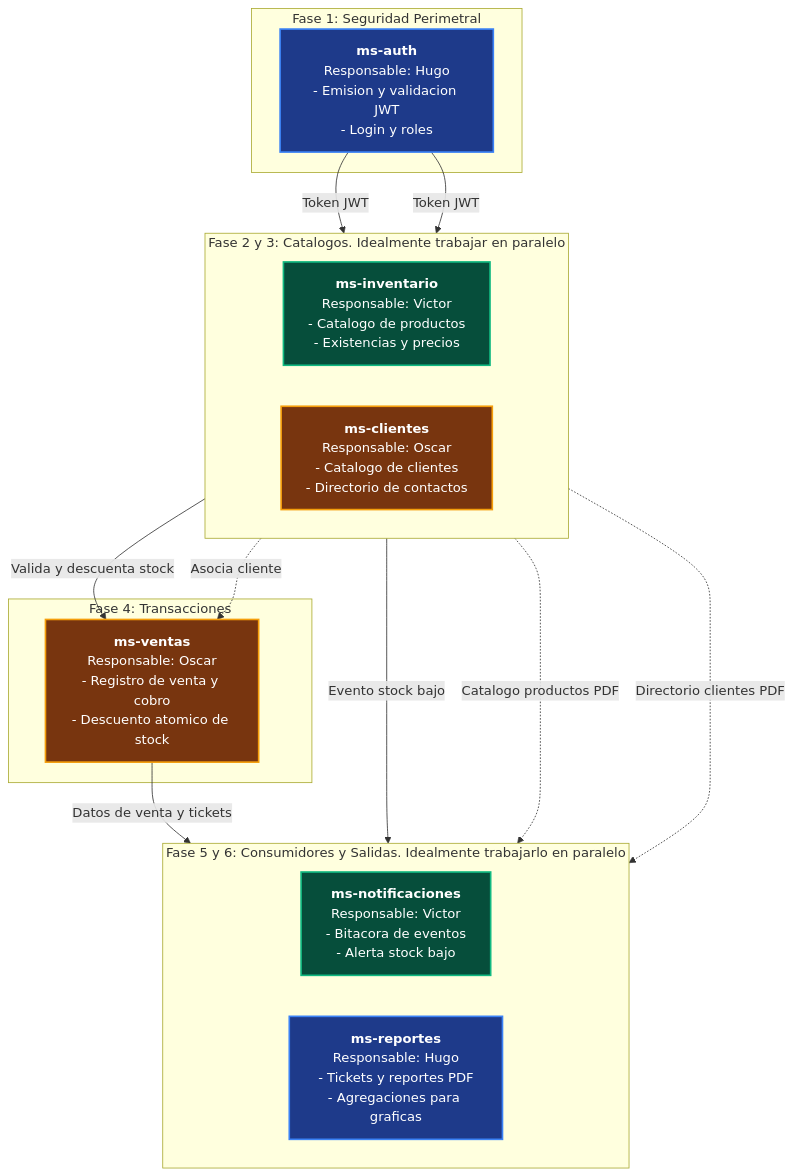
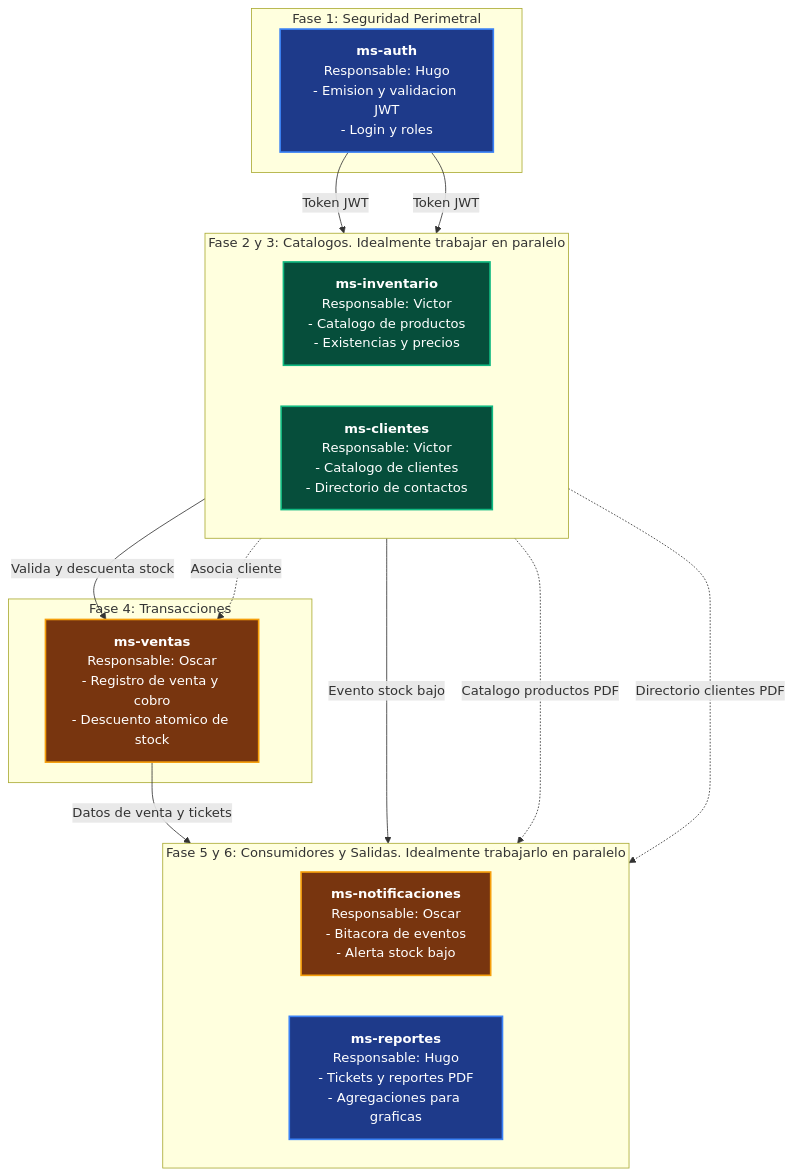
The diagram in docs/README.md (MopGEN/MonPoint), drawn with Mermaid before and after one commit. The commit also changed 2 other files, not shown here.

Commit message:
nueva resstructura ms

````diff
--- a/docs/README.md
+++ b/docs/README.md
@@ -4,39 +4,39 @@
 ```mermaid
 flowchart TD
     
     classDef hugo fill:#1E3A8A,stroke:#3B82F6,stroke-width:2px,color:#FFFFFF;
     classDef victor fill:#064E3B,stroke:#10B981,stroke-width:2px,color:#FFFFFF;
     classDef oscar fill:#78350F,stroke:#F59E0B,stroke-width:2px,color:#FFFFFF;
 
     subgraph FASE1 [Fase 1: Seguridad Perimetral]
         AUTH["<b>ms-auth</b><br>Responsable: Hugo<br>- Emision y validacion JWT<br>- Login y roles"]:::hugo
     end
 
     subgraph FASE2 [Fase 2 y 3: Catalogos. Idealmente trabajar en paralelo]
         direction LR
         INV["<b>ms-inventario</b><br>Responsable: Victor<br>- Catalogo de productos<br>- Existencias y precios"]:::victor
-        CLI["<b>ms-clientes</b><br>Responsable: Oscar<br>- Catalogo de clientes<br>- Directorio de contactos"]:::oscar
+        CLI["<b>ms-clientes</b><br>Responsable: Victor<br>- Catalogo de clientes<br>- Directorio de contactos"]:::victor
     end
 
     subgraph FASE3 [Fase 4: Transacciones]
         VENTAS["<b>ms-ventas</b><br>Responsable: Oscar<br>- Registro de venta y cobro<br>- Descuento atomico de stock"]:::oscar
     end
 
     subgraph FASE4 [Fase 5 y 6: Consumidores y Salidas. Idealmente trabajarlo en paralelo]
         direction LR
-        NOTIF["<b>ms-notificaciones</b><br>Responsable: Victor<br>- Bitacora de eventos<br>- Alerta stock bajo"]:::victor
+        NOTIF["<b>ms-notificaciones</b><br>Responsable: Oscar<br>- Bitacora de eventos<br>- Alerta stock bajo"]:::oscar
         REP["<b>ms-reportes</b><br>Responsable: Hugo<br>- Tickets y reportes PDF<br>- Agregaciones para graficas"]:::hugo
     end
 
     %% Relaciones y dependencias
     AUTH -->|Token JWT| INV
     AUTH -->|Token JWT| CLI
 
     INV -->|Valida y descuenta stock| VENTAS
     CLI -.->|Asocia cliente| VENTAS
 
     INV -->|Evento stock bajo| NOTIF
     VENTAS -->|Datos de venta y tickets| REP
     INV -.->|Catalogo productos PDF| REP
     CLI -.->|Directorio clientes PDF| REP
 ```
````
